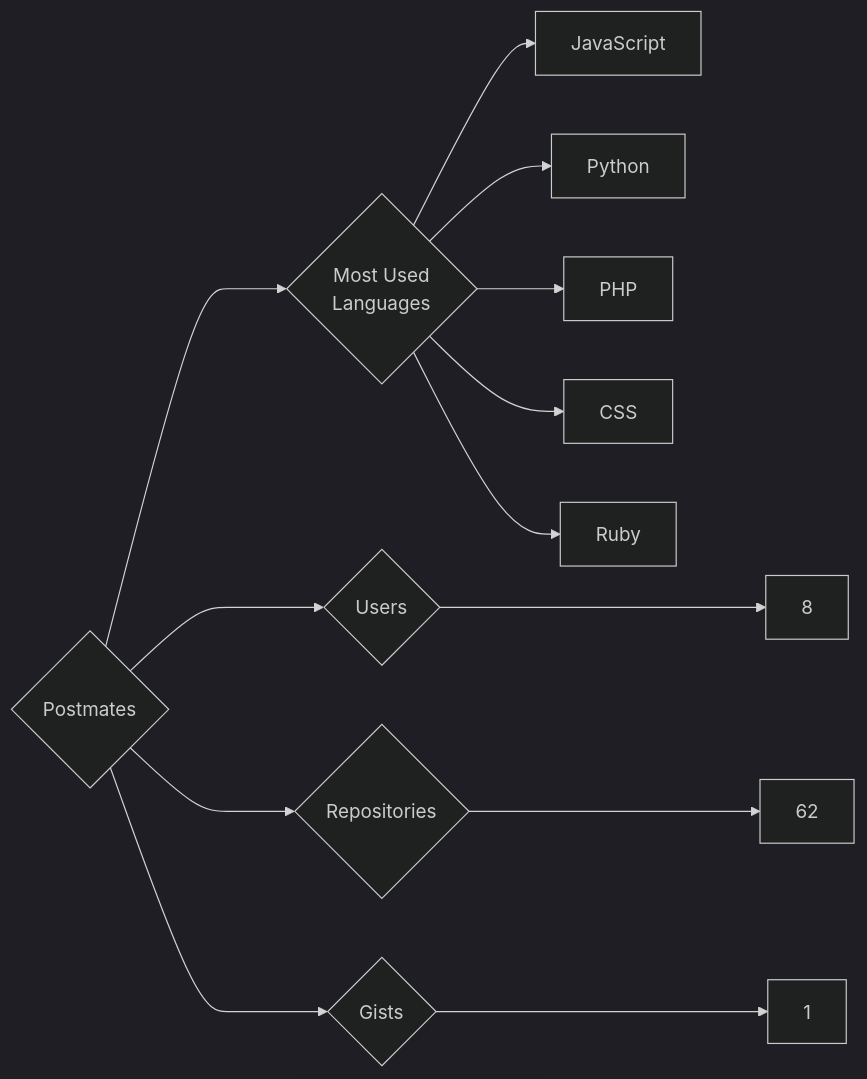
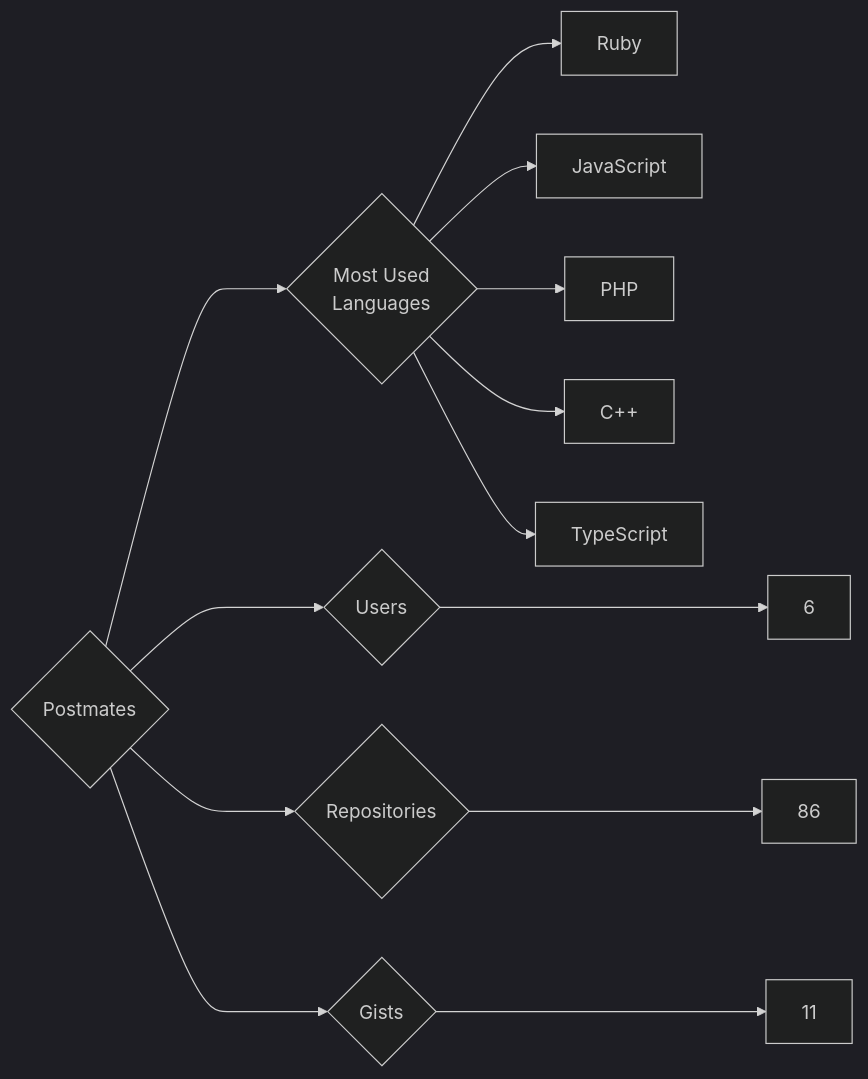
Before and after one commit to trickest/insiders: the diagram in targets/Postmates/README.md, drawn with Mermaid (dark theme). The commit also changed 948 other files, not shown here.

````diff
--- a/targets/Postmates/README.md
+++ b/targets/Postmates/README.md
@@ -3,13 +3,13 @@
 ```mermaid
 graph LR
 COMPANY_NAME{Postmates}
-COMPANY_NAME ---> U{Users} ---> UN[8]
-COMPANY_NAME ---> R{Repositories} ---> RN[62]
-COMPANY_NAME ---> G{Gists} ---> GN[1]
+COMPANY_NAME ---> U{Users} ---> UN[6]
+COMPANY_NAME ---> R{Repositories} ---> RN[86]
+COMPANY_NAME ---> G{Gists} ---> GN[11]
 COMPANY_NAME ---> ML{Most Used<br>Languages}
+ML --> Ruby[Ruby]
 ML --> JavaScript[JavaScript]
-ML --> Python[Python]
 ML --> PHP[PHP]
-ML --> CSS[CSS]
-ML --> Ruby[Ruby]
+ML --> C++[C++]
+ML --> TypeScript[TypeScript]
 ```
````
